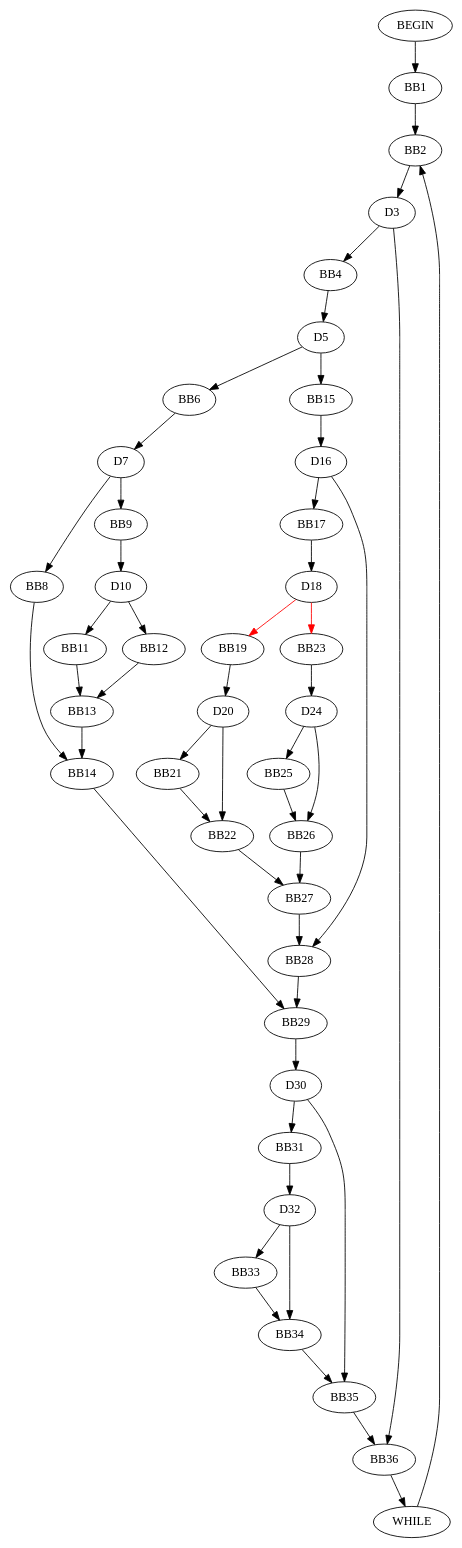
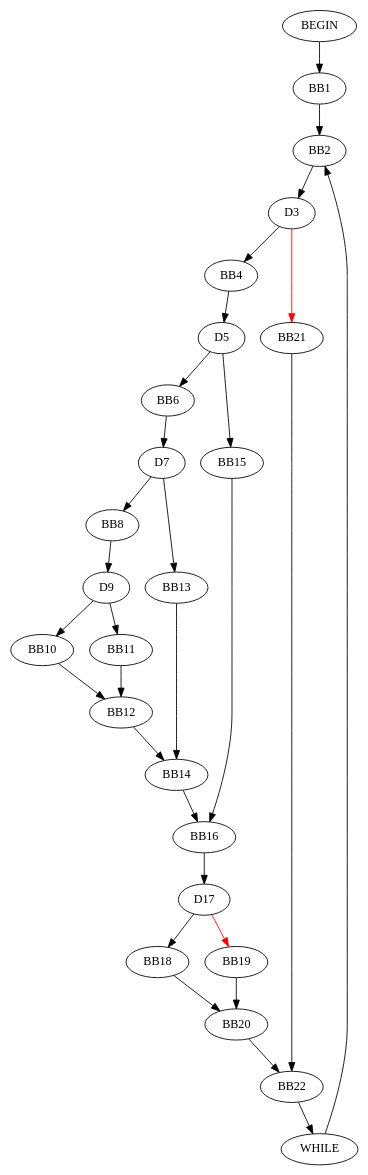
The diagram in resources/cfg.dot (ayushsawlani/SymEx), drawn with Graphviz before and after one commit. The commit also changed 232 other files, not shown here.

```diff
--- a/resources/cfg.dot
+++ b/resources/cfg.dot
@@ -1,1 +1,1 @@
-digraph G {BEGIN->BB1;BB1->BB2;WHILE->BB2;BB2->D3;D3->BB4;BB4->D5;D5->BB6;BB6->D7;D7->BB8;D7->BB9;BB9->D10;D10->BB11;D10->BB12;BB11->BB13;BB12->BB13;BB8->BB14;BB13->BB14;D5->BB15;BB15->D16;D16->BB17;BB17->D18;D18->BB19[color=red, pendwidth=3.0];BB19->D20;D20->BB21;BB21->BB22;D20->BB22;D18->BB23[color=red, pendwidth=3.0];BB23->D24;D24->BB25;BB25->BB26;D24->BB26;BB22->BB27;BB26->BB27;BB27->BB28;D16->BB28;BB14->BB29;BB28->BB29;BB29->D30;D30->BB31;BB31->D32;D32->BB33;BB33->BB34;D32->BB34;BB34->BB35;D30->BB35;BB35->BB36;D3->BB36;BB36->WHILE;}
+digraph G {BEGIN->BB1;BB1->BB2;WHILE->BB2;BB2->D3;D3->BB4;BB4->D5;D5->BB6;BB6->D7;D7->BB8;BB8->D9;D9->BB10;D9->BB11;BB10->BB12;BB11->BB12;D7->BB13;BB12->BB14;BB13->BB14;D5->BB15;BB14->BB16;BB15->BB16;BB16->D17;D17->BB18;D17->BB19[color=red, pendwidth=3.0];BB18->BB20;BB19->BB20;D3->BB21[color=red, pendwidth=3.0];BB20->BB22;BB21->BB22;BB22->WHILE;}
```
